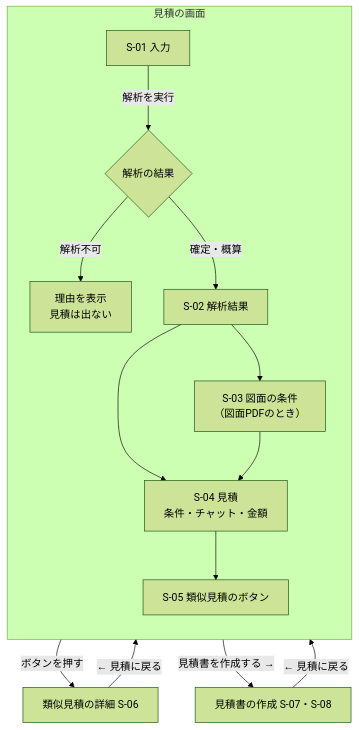
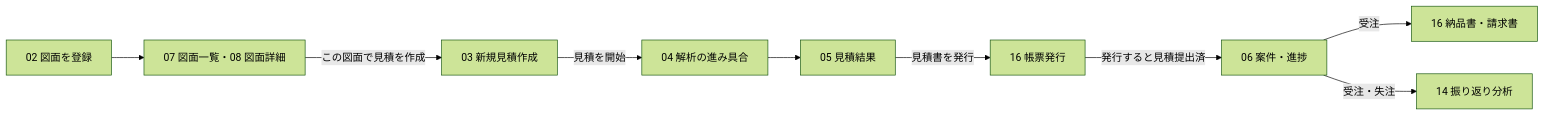
One commit to 1975020t/step_analysis_for_automatic-estimate changed the diagram in docs/03_画面設計書.md. Above: the diagram before and after it, drawn with Mermaid (forest theme). The commit also changed other lines of this file and 40 other files, not shown here.

````diff
--- a/docs/03_画面設計書.md
+++ b/docs/03_画面設計書.md
@@ -28,17 +45,11 @@
-```mermaid 図 画面の移り変わり
-flowchart TD
-  subgraph E[見積の画面]
-    direction TB
-    A[S-01 入力] -->|解析を実行| B{解析の結果}
-    B -->|解析不可| X[理由を表示<br/>見積は出ない]
-    B -->|確定・概算| C[S-02 解析結果]
-    C --> D[S-03 図面の条件<br/>（図面PDFのとき）]
-    C --> Q[S-04 見積<br/>条件・チャット・金額]
-    D --> Q
-    Q --> S[S-05 類似見積のボタン]
-  end
-  S -->|ボタンを押す| SD[類似見積の詳細 S-06]
-  Q -->|見積書を作成する →| DOC[見積書の作成 S-07・S-08]
-  SD -->|← 見積に戻る| Q
-  DOC -->|← 見積に戻る| Q
+```mermaid 図 主な流れ
+flowchart LR
+  R[02 図面を登録] --> D[07 図面一覧・08 図面詳細]
+  D -->|この図面で見積を作成| N[03 新規見積作成]
+  N -->|見積を開始| P[04 解析の進み具合]
+  P --> E[05 見積結果]
+  E -->|見積書を発行| F[16 帳票発行]
+  F -->|発行すると見積提出済| C[06 案件・進捗]
+  C -->|受注| F2[16 納品書・請求書]
+  C -->|受注・失注| V[14 振り返り分析]
 ```
````
